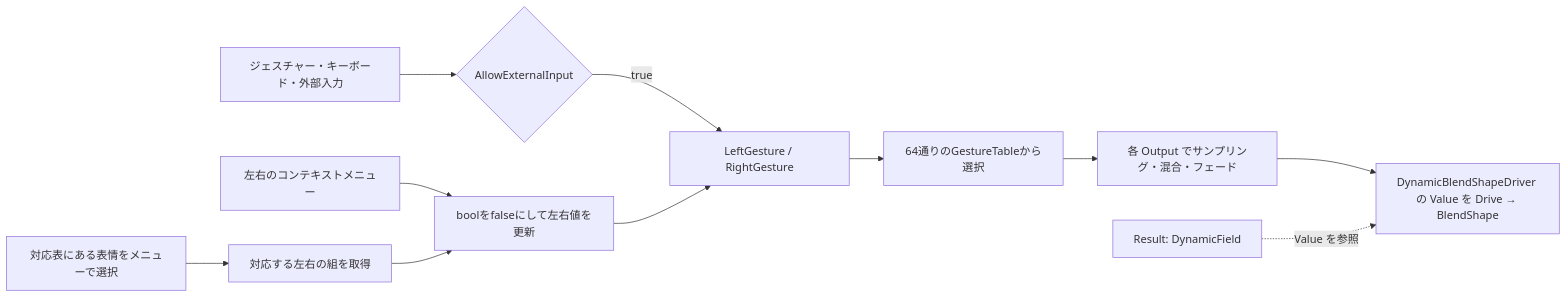
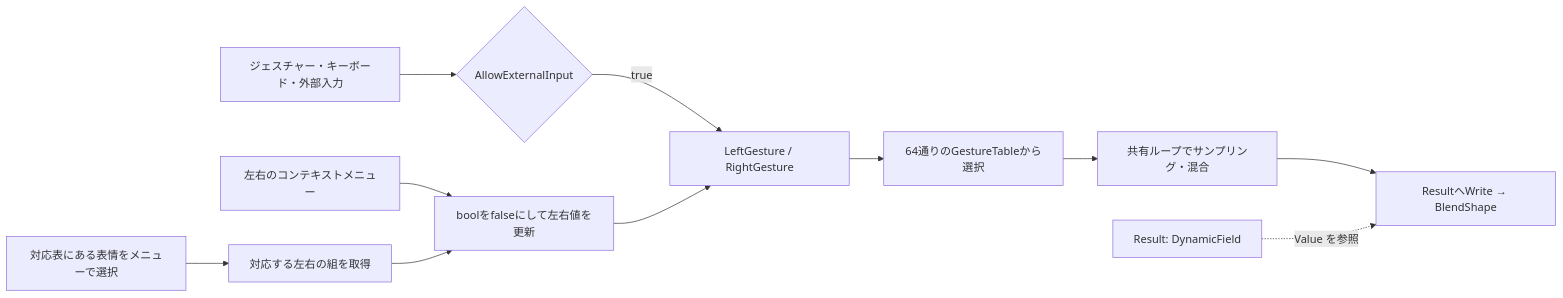
One commit to orange3134/VRMtoResonitePackage changed the diagram in docs/expression-system.md. Above: the diagram before and after it, drawn with Mermaid. The commit also changed other lines of this file and 15 other files, not shown here.

````diff
--- a/docs/expression-system.md
+++ b/docs/expression-system.md
@@ -18,13 +18,13 @@
 ```mermaid
 flowchart LR
     H[ジェスチャー・キーボード・外部入力] --> G{AllowExternalInput}
     G -->|true| S[LeftGesture / RightGesture]
     M[左右のコンテキストメニュー] --> L[boolをfalseにして左右値を更新]
     D[対応表にある表情をメニューで選択] --> T[対応する左右の組を取得]
     T --> L
     L --> S
     S --> P[64通りのGestureTableから選択]
-    P --> R[各 Output でサンプリング・混合・フェード]
-    R --> V[DynamicBlendShapeDriver の Value を Drive → BlendShape]
+    P --> R[共有ループでサンプリング・混合]
+    R --> V[ResultへWrite → BlendShape]
     Result[Result: DynamicField] -. Value を参照 .-> V
 ```
````
